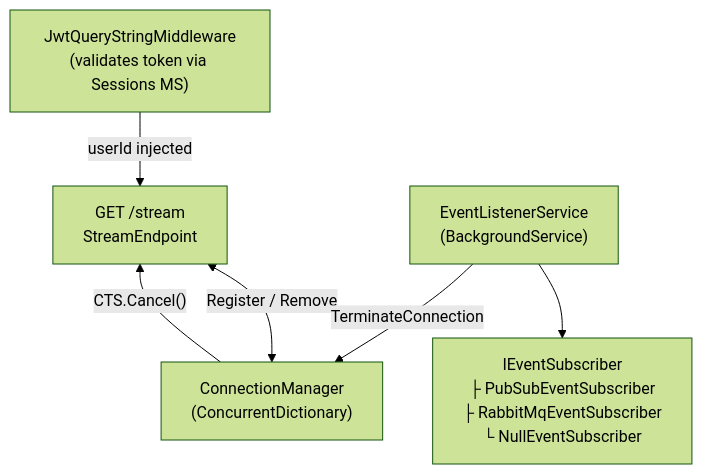
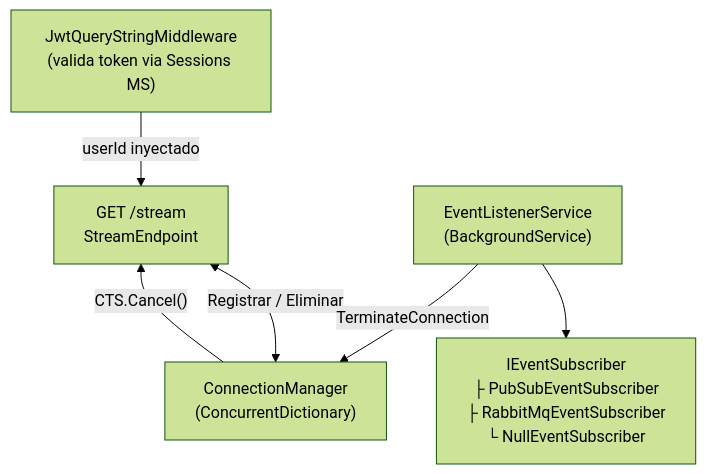
Before and after one commit to jlizarazoa/ColabBoard_Docs: the second of 2 diagrams in docs/overview/architecture.md, drawn with Mermaid (forest theme). The commit also changed other lines of this file and 29 other files, not shown here.

````diff
--- a/docs/overview/architecture.md
+++ b/docs/overview/architecture.md
@@ -52,14 +52,14 @@
 ```mermaid
 flowchart TD
-    MW["JwtQueryStringMiddleware\n(validates token via Sessions MS)"]
+    MW["JwtQueryStringMiddleware\n(valida token via Sessions MS)"]
     EP["GET /stream\nStreamEndpoint"]
     CM["ConnectionManager\n(ConcurrentDictionary)"]
     ELS["EventListenerService\n(BackgroundService)"]
     SUB["IEventSubscriber\n├ PubSubEventSubscriber\n├ RabbitMqEventSubscriber\n└ NullEventSubscriber"]
 
-    MW -->|"userId injected"| EP
-    EP <-->|"Register / Remove"| CM
+    MW -->|"userId inyectado"| EP
+    EP <-->|"Registrar / Eliminar"| CM
     ELS --> SUB
     ELS -->|"TerminateConnection"| CM
     CM -->|"CTS.Cancel()"| EP
 ```
````
